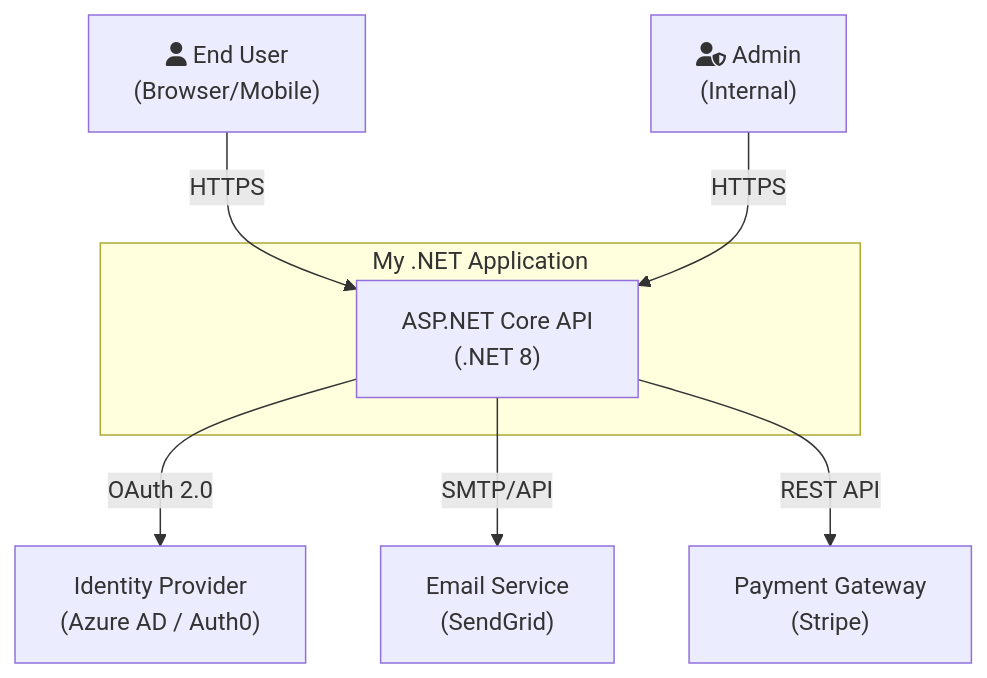
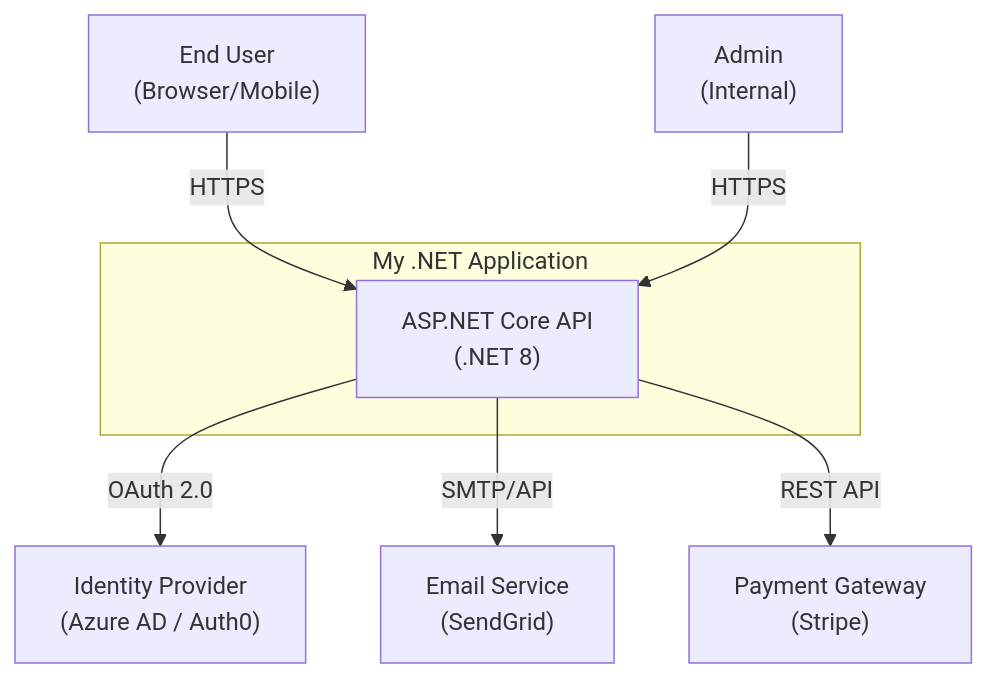
Before and after one commit to novotnyllc/dotnet-marketplace: the first of 23 diagrams in skills/documentation/dotnet-mermaid-diagrams/SKILL.md, drawn with Mermaid. The commit also changed other lines of this file and 1 other file, not shown here.

First line of the commit message:
fix(documentation): address review feedback for documentation and Mermaid skills

````diff
--- a/skills/documentation/dotnet-mermaid-diagrams/SKILL.md
+++ b/skills/documentation/dotnet-mermaid-diagrams/SKILL.md
@@ -26,19 +26,19 @@
 ```mermaid
 graph TB
-    User["fa:fa-user End User<br/>(Browser/Mobile)"]
-    Admin["fa:fa-user-shield Admin<br/>(Internal)"]
+    User["End User<br/>(Browser/Mobile)"]
+    Admin["Admin<br/>(Internal)"]
 
     subgraph System["My .NET Application"]
         API["ASP.NET Core API<br/>(.NET 8)"]
     end
 
     ExtAuth["Identity Provider<br/>(Azure AD / Auth0)"]
     ExtEmail["Email Service<br/>(SendGrid)"]
     ExtPay["Payment Gateway<br/>(Stripe)"]
 
     User -->|"HTTPS"| API
     Admin -->|"HTTPS"| API
     API -->|"OAuth 2.0"| ExtAuth
     API -->|"SMTP/API"| ExtEmail
     API -->|"REST API"| ExtPay
 ```
````
